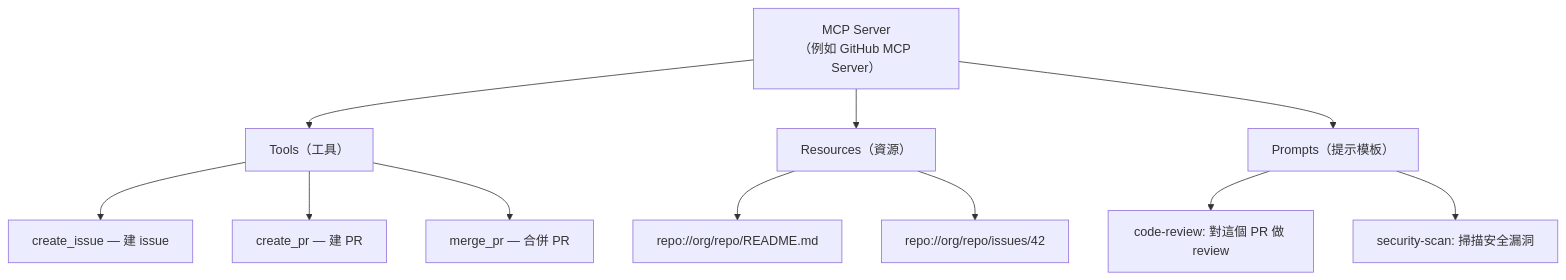
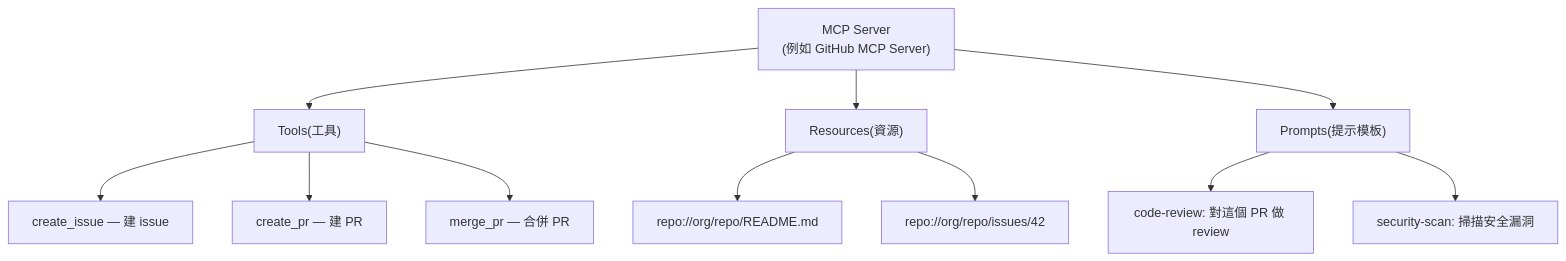
One commit to deadline314/Lesson3-AI-Tools changed diagram 27 of 47 in Guide.md. Above: the diagram before and after it, drawn with Mermaid. The commit also changed other lines of this file and 25 other files, not shown here.

````diff
--- a/Guide.md
+++ b/Guide.md
@@ -980,17 +1288,17 @@
 ```mermaid
 flowchart TD
-    Server["MCP Server<br/>（例如 GitHub MCP Server）"]
-    Server --> Tools["Tools（工具）"]
-    Server --> Resources["Resources（資源）"]
-    Server --> Prompts["Prompts（提示模板）"]
+    Server["MCP Server<br/>(例如 GitHub MCP Server)"]
+    Server --> Tools["Tools(工具)"]
+    Server --> Resources["Resources(資源)"]
+    Server --> Prompts["Prompts(提示模板)"]
     
     Tools --> T1["create_issue — 建 issue"]
     Tools --> T2["create_pr — 建 PR"]
     Tools --> T3["merge_pr — 合併 PR"]
     
     Resources --> R1["repo://org/repo/README.md"]
     Resources --> R2["repo://org/repo/issues/42"]
     
     Prompts --> P1["code-review: 對這個 PR 做 review"]
     Prompts --> P2["security-scan: 掃描安全漏洞"]
 ```
````
